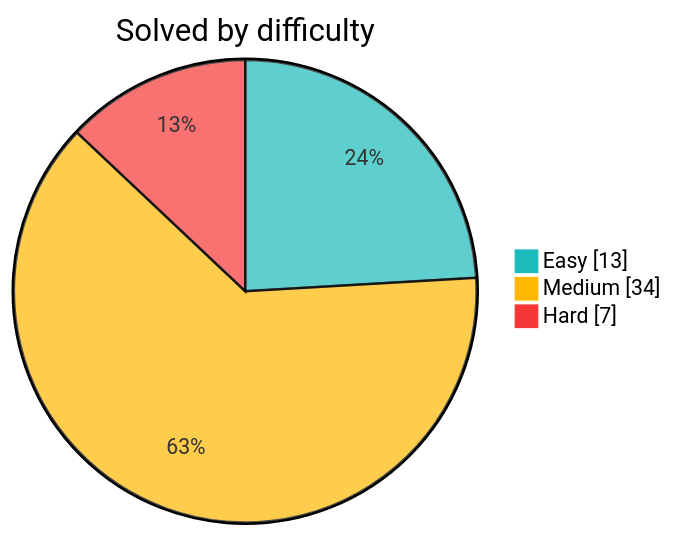
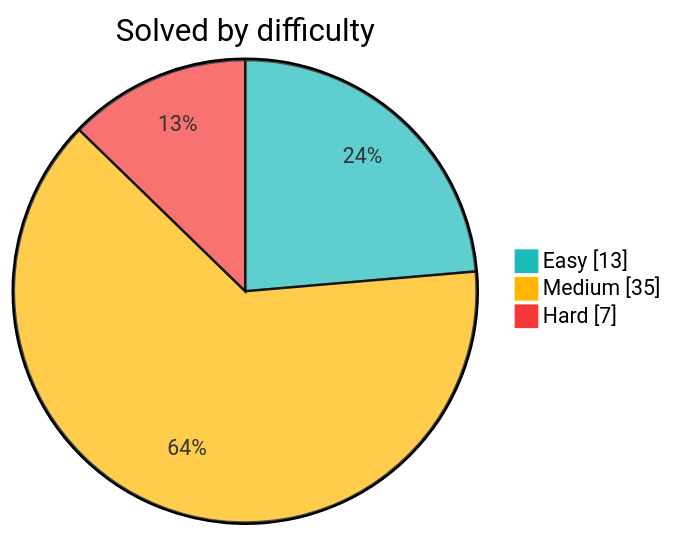
The diagram in README.md (Sekler09/algorithms), drawn with Mermaid before and after one commit. The commit also changed other lines of this file and 3 other files, not shown here.

````diff
--- a/README.md
+++ b/README.md
@@ -9,8 +9,8 @@
 ```mermaid
 %%{init: {"themeVariables": {"pie1": "#1cbaba", "pie2": "#ffb700", "pie3": "#f63737"}}}%%
 pie showData
     title Solved by difficulty
     "Easy" : 13
-    "Medium" : 34
+    "Medium" : 35
     "Hard" : 7
 ```
````
